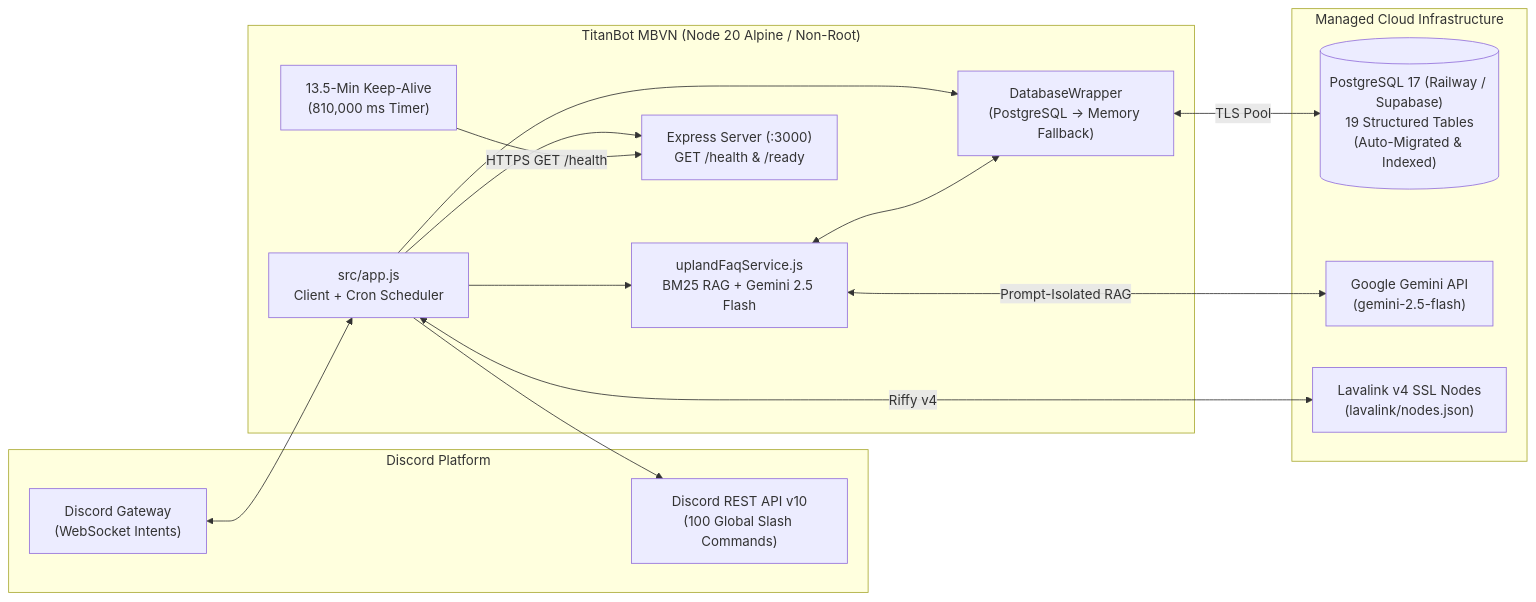
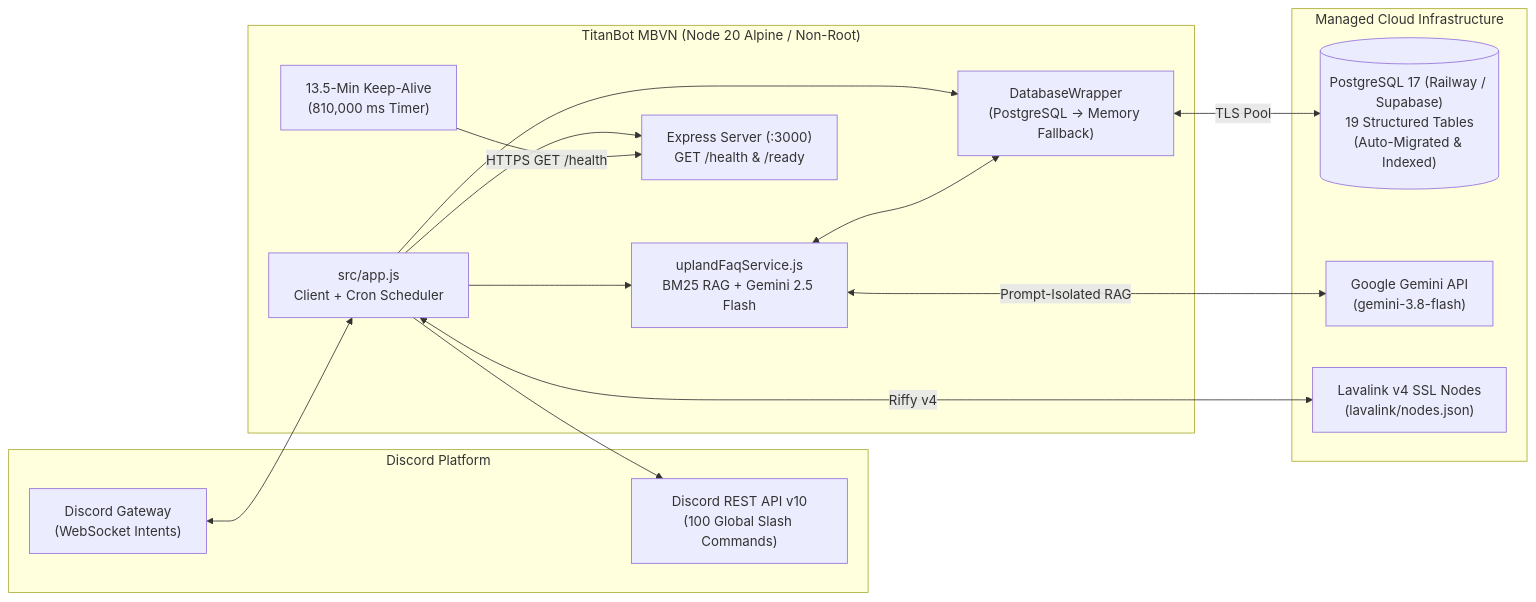
The diagram in README.md (2SMOGss/TitanBot_MBVN), drawn with Mermaid before and after one commit. The commit also changed other lines of this file and 2 other files, not shown here.

Commit message:
fix(faq): upgrade default Gemini model to gemini-3.8-flash and prefer AI Studio endpoint

````diff
--- a/README.md
+++ b/README.md
@@ -33,32 +33,32 @@
 ```mermaid
 flowchart LR
     subgraph Discord["Discord Platform"]
         GW["Discord Gateway<br/>(WebSocket Intents)"]
         REST["Discord REST API v10<br/>(100 Global Slash Commands)"]
     end
 
     subgraph Runtime["TitanBot MBVN (Node 20 Alpine / Non-Root)"]
         APP["src/app.js<br/>Client + Cron Scheduler"]
         FAQ["uplandFaqService.js<br/>BM25 RAG + Gemini 2.5 Flash"]
         HTTP["Express Server (:3000)<br/>GET /health & /ready"]
         KEEP["13.5-Min Keep-Alive<br/>(810,000 ms Timer)"]
         DBW["DatabaseWrapper<br/>(PostgreSQL -> Memory Fallback)"]
     end
 
     subgraph Infra["Managed Cloud Infrastructure"]
         PG[("PostgreSQL 17 (Railway / Supabase)<br/>19 Structured Tables<br/>(Auto-Migrated & Indexed)")]
-        GEMINI["Google Gemini API<br/>(gemini-2.5-flash)"]
+        GEMINI["Google Gemini API<br/>(gemini-3.8-flash)"]
         LAVA["Lavalink v4 SSL Nodes<br/>(lavalink/nodes.json)"]
     end
 
     GW <--> APP
     APP --> REST
     APP --> FAQ
     FAQ <-->|"Prompt-Isolated RAG"| GEMINI
     APP --> HTTP
     KEEP -->|"HTTPS GET /health"| HTTP
     APP --> DBW
     FAQ <--> DBW
     DBW <-->|"TLS Pool"| PG
     APP <-->|"Riffy v4"| LAVA
 ```
````
